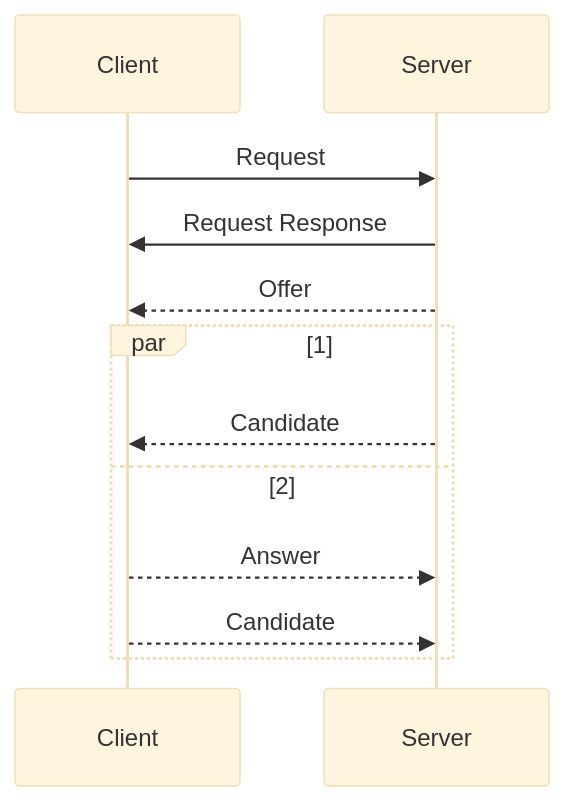
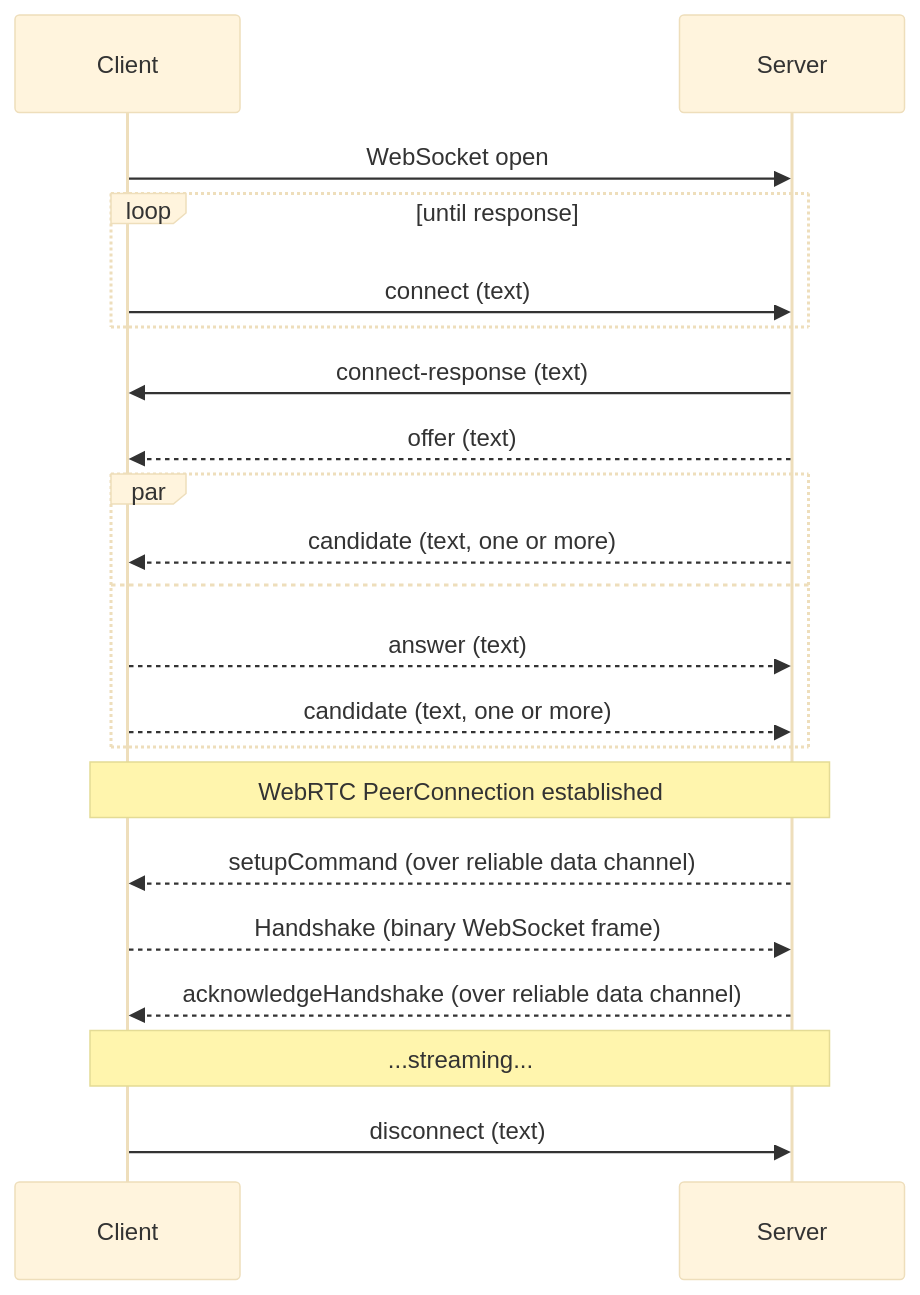
The diagram in docs/protocol/signaling.rst (teleportxr/Teleport), drawn with Mermaid (base theme) before and after one commit. The commit also changed other lines of this file and 24 other files, not shown here.

```diff
--- a/docs/protocol/signaling.rst
+++ b/docs/protocol/signaling.rst
@@ -12,14 +23,23 @@
 .. mermaid::
 
-	sequenceDiagram
-		participant C as Client
-		participant S as Server
-		C->>S: Request
-		S->>C: Request Response
-		S-->>C: Offer
-		par 1
-			S-->>C: Candidate
-		and 2
-			C-->>S: Answer
-			C-->>S: Candidate
-		end
+    sequenceDiagram
+        participant C as Client
+        participant S as Server
+        C->>S: WebSocket open
+        loop until response
+            C->>S: connect (text)
+        end
+        S->>C: connect-response (text)
+        S-->>C: offer (text)
+        par
+            S-->>C: candidate (text, one or more)
+        and
+            C-->>S: answer (text)
+            C-->>S: candidate (text, one or more)
+        end
+        Note over C,S: WebRTC PeerConnection established
+        S-->>C: setupCommand (over reliable data channel)
+        C-->>S: Handshake (binary WebSocket frame)
+        S-->>C: acknowledgeHandshake (over reliable data channel)
+        Note over C,S: ...streaming...
+        C->>S: disconnect (text)
```
